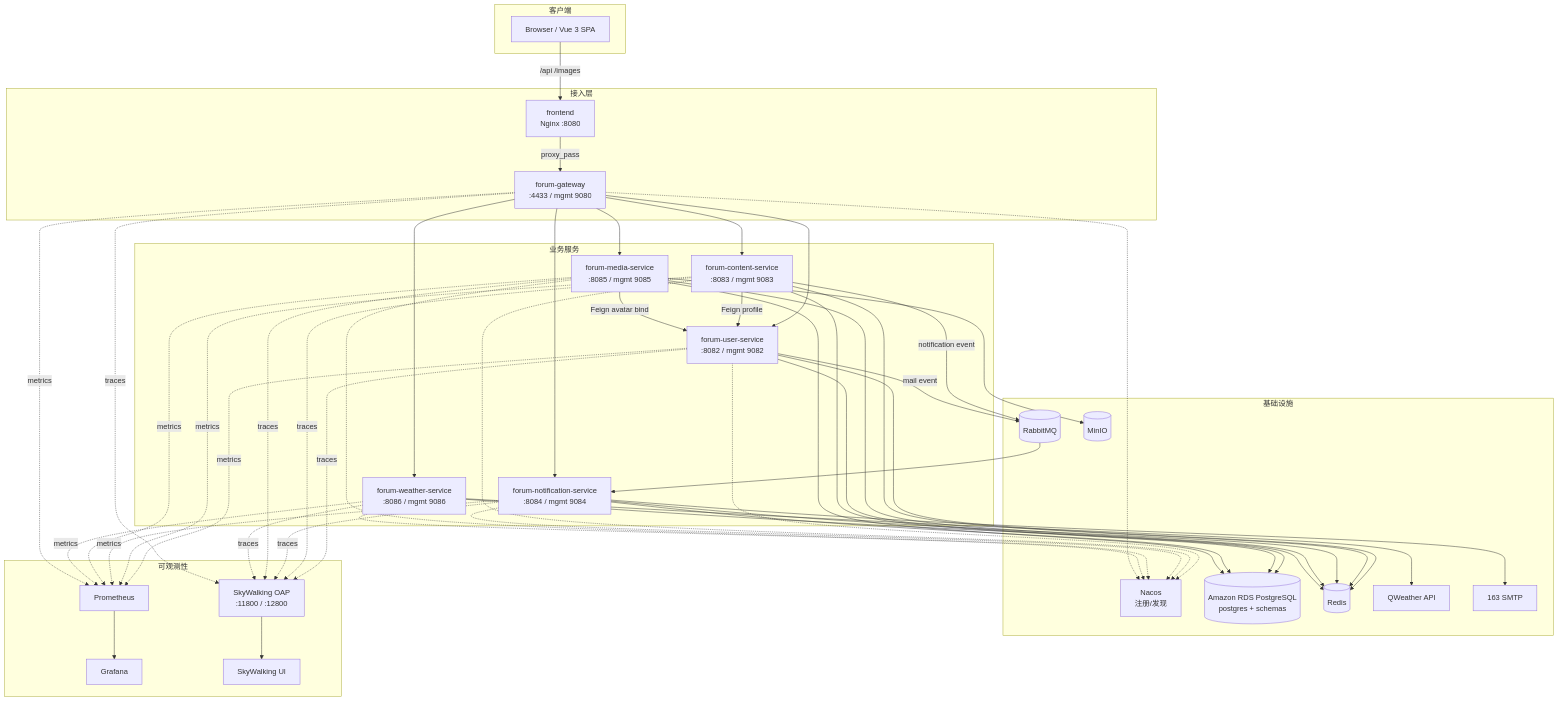
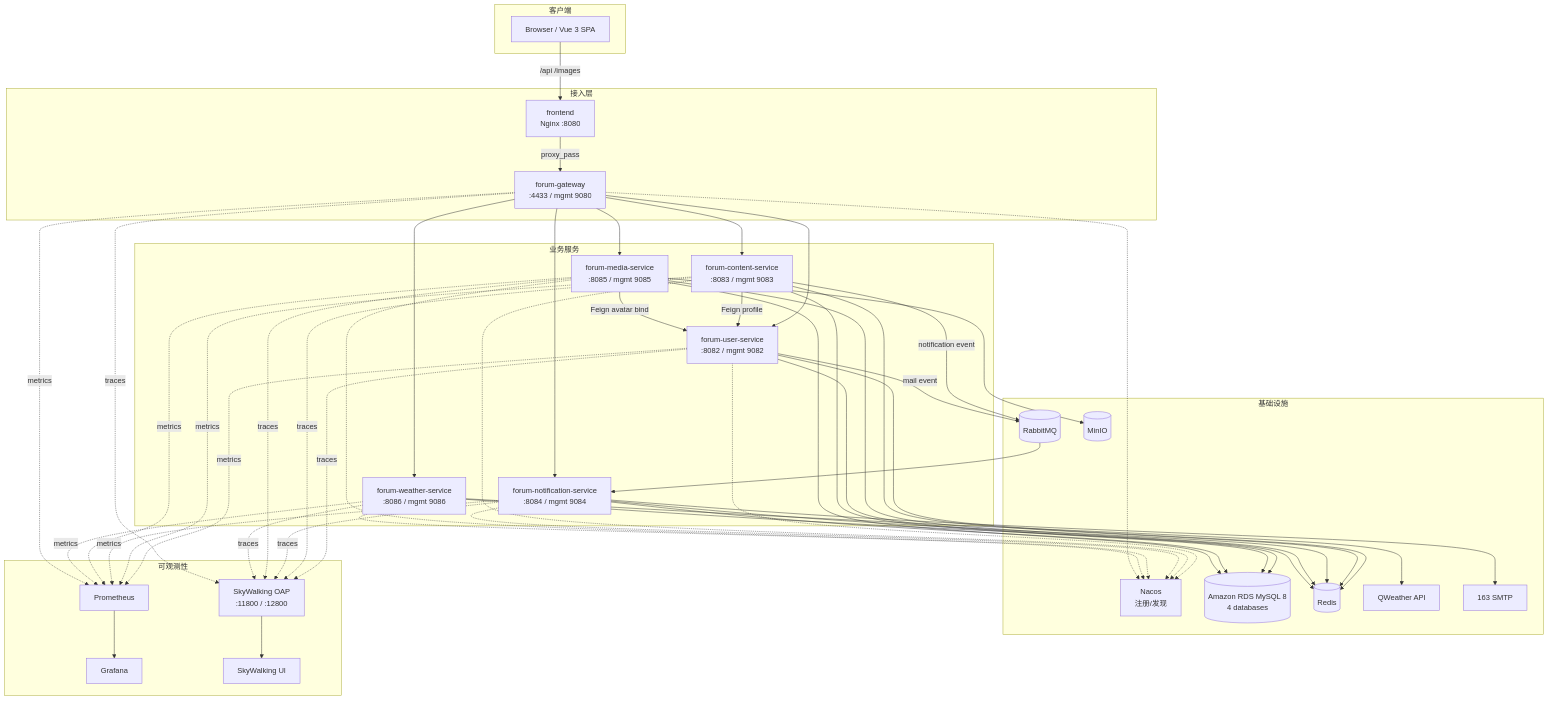
Before and after one commit to ZYYY-x/Forum: the first of 2 diagrams in docs/ARCHITECTURE.md, drawn with Mermaid. The commit also changed other lines of this file and 25 other files, not shown here.

Commit message:
Revert AWS database target to RDS MySQL

```diff
--- a/docs/ARCHITECTURE.md
+++ b/docs/ARCHITECTURE.md
@@ -23,7 +23,7 @@
 
     subgraph Infra["基础设施"]
         NACOS["Nacos<br/>注册/发现"]
-        RDS[("Amazon RDS PostgreSQL<br/>postgres + schemas")]
+        RDS[("Amazon RDS MySQL 8<br/>4 databases")]
         REDIS[("Redis")]
         RABBIT[("RabbitMQ")]
         MINIO[("MinIO")]
```
